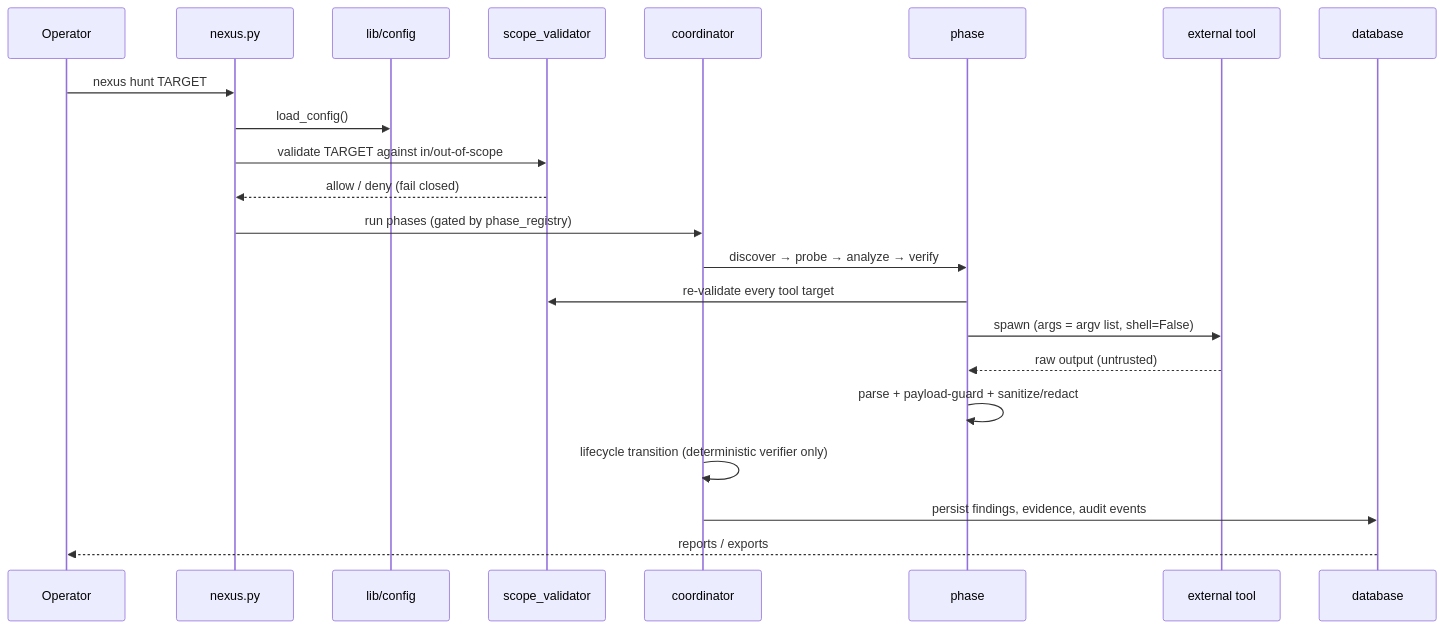
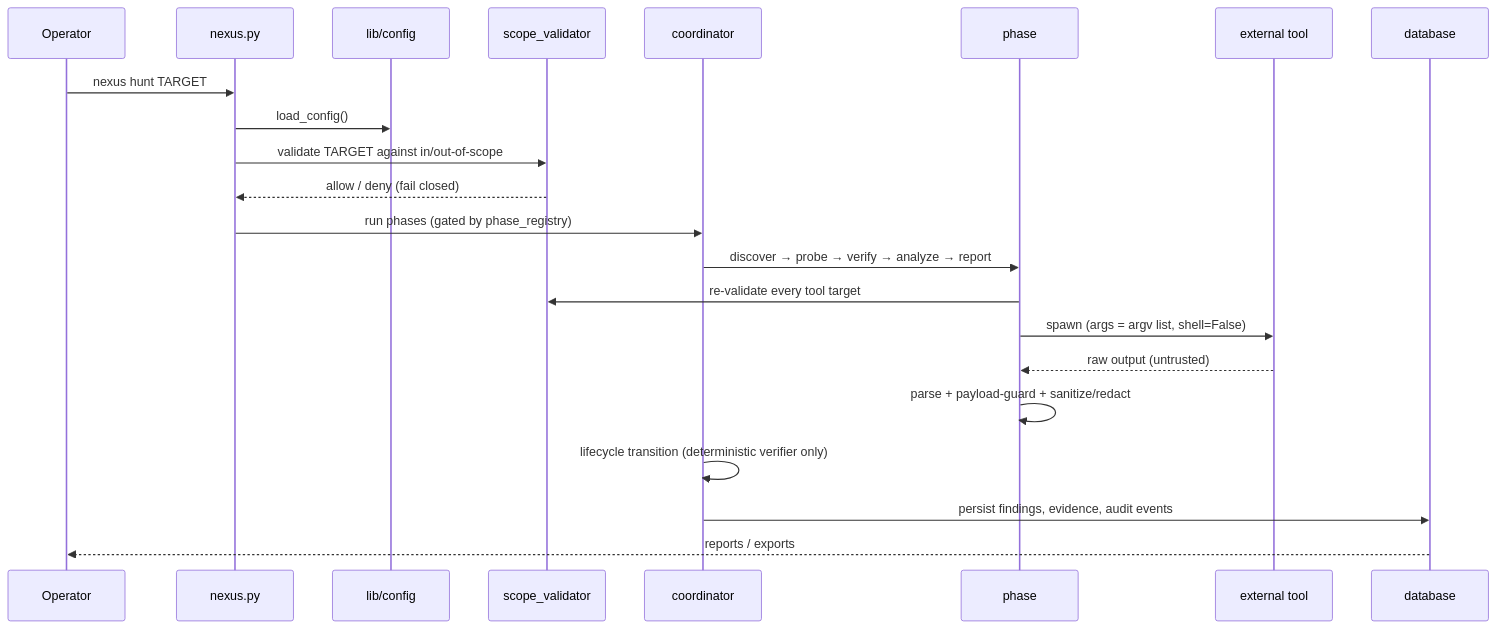
The second of 2 diagrams in docs/ARCHITECTURE.md (0xShadowVoid/NEXUS_FRAMEWORK), drawn with Mermaid before and after one commit. The commit also changed other lines of this file and 23 other files, not shown here.

````diff
--- a/docs/ARCHITECTURE.md
+++ b/docs/ARCHITECTURE.md
@@ -93,25 +99,25 @@
 ```mermaid
 sequenceDiagram
     participant Op as Operator
     participant CLI as nexus.py
     participant Cfg as lib/config
     participant Sc as scope_validator
     participant Co as coordinator
     participant Ph as phase
     participant Tool as external tool
     participant DB as database
 
     Op->>CLI: nexus hunt TARGET
     CLI->>Cfg: load_config()
     CLI->>Sc: validate TARGET against in/out-of-scope
     Sc-->>CLI: allow / deny (fail closed)
     CLI->>Co: run phases (gated by phase_registry)
-    Co->>Ph: discover → probe → analyze → verify
+    Co->>Ph: discover → probe → verify → analyze → report
     Ph->>Sc: re-validate every tool target
     Ph->>Tool: spawn (args = argv list, shell=False)
     Tool-->>Ph: raw output (untrusted)
     Ph->>Ph: parse + payload-guard + sanitize/redact
     Co->>Co: lifecycle transition (deterministic verifier only)
     Co->>DB: persist findings, evidence, audit events
     DB-->>Op: reports / exports
 ```
````
